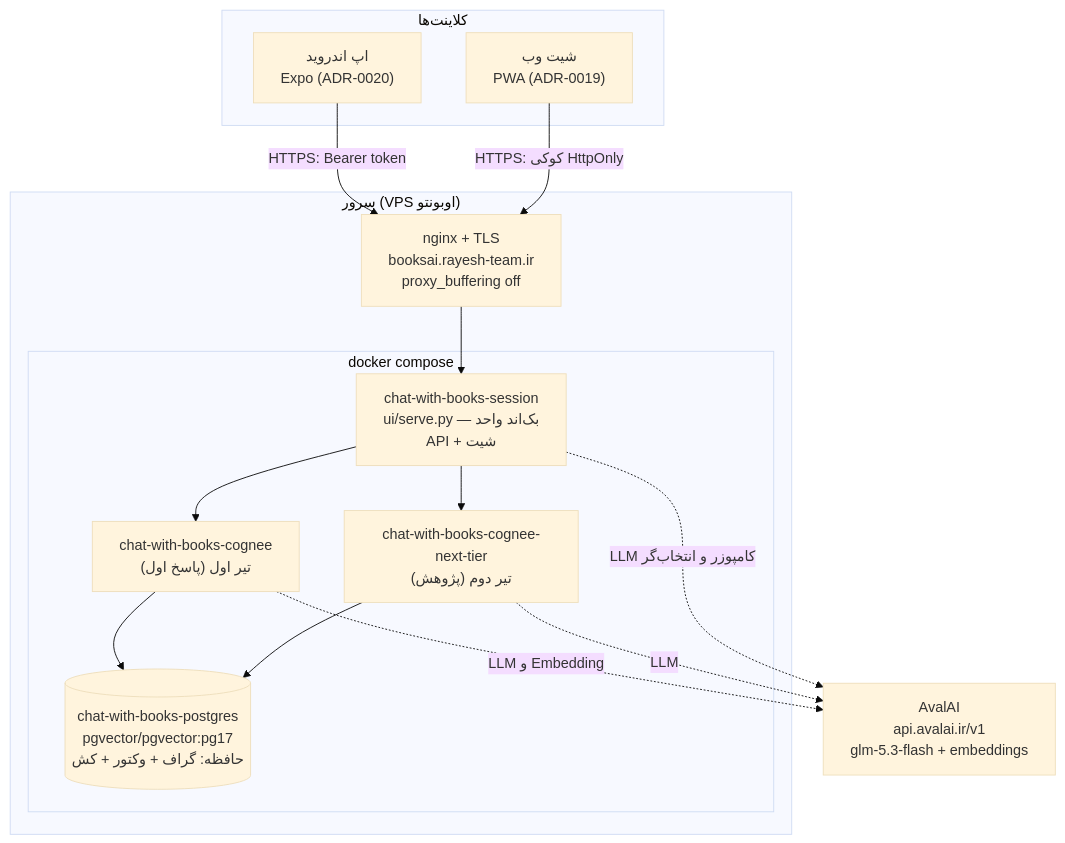
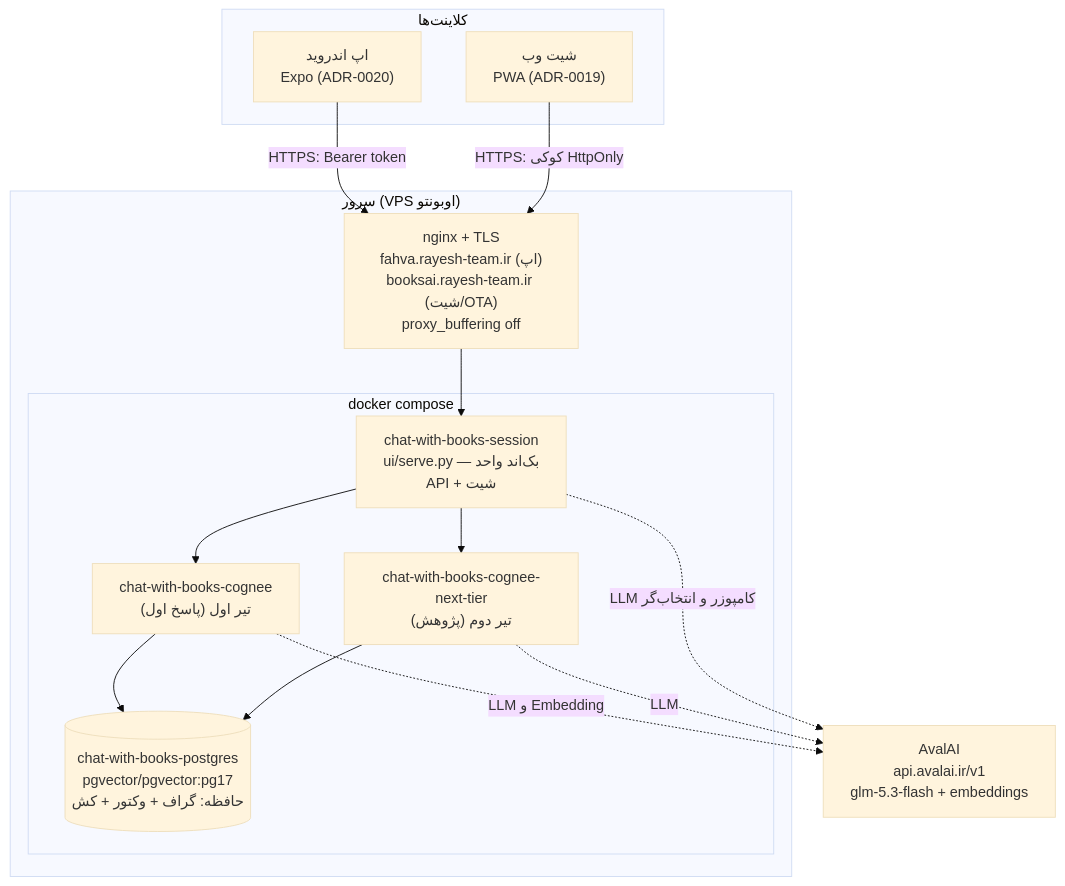
One commit to Rayesh-company/fast-book-learning changed the first of 10 diagrams in docs/zero-to-hundred.md. Above: the diagram before and after it, drawn with Mermaid (base theme). The commit also changed other lines of this file and 18 other files, not shown here.

````diff
--- a/docs/zero-to-hundred.md
+++ b/docs/zero-to-hundred.md
@@ -45,29 +45,29 @@
 ```mermaid
 flowchart TB
     subgraph CLIENTS["کلاینت‌ها"]
         W["شیت وب<br/>PWA (ADR-0019)"]
         M["اپ اندروید<br/>Expo (ADR-0020)"]
     end
 
     subgraph VPS["سرور (VPS اوبونتو)"]
-        NG["nginx + TLS<br/>booksai.rayesh-team.ir<br/>proxy_buffering off"]
+        NG["nginx + TLS<br/>fahva.rayesh-team.ir (اپ)<br/>booksai.rayesh-team.ir (شیت/OTA)<br/>proxy_buffering off"]
         subgraph COMPOSE["docker compose"]
             S["chat-with-books-session<br/>ui/serve.py — بک‌اند واحد<br/>API + شیت"]
             C1["chat-with-books-cognee<br/>تیر اول (پاسخ اول)"]
             C2["chat-with-books-cognee-next-tier<br/>تیر دوم (پژوهش)"]
             PG[("chat-with-books-postgres<br/>pgvector/pgvector:pg17<br/>حافظه: گراف + وکتور + کش")]
         end
         NG --> S
         S --> C1
         S --> C2
         C1 --> PG
         C2 --> PG
     end
 
     AV["AvalAI<br/>api.avalai.ir/v1<br/>glm-5.3-flash + embeddings"]
     C1 -. LLM و Embedding .-> AV
     C2 -. LLM .-> AV
     S -. LLM کامپوزر و انتخاب‌گر .-> AV
     M -- "HTTPS: Bearer token" --> NG
     W -- "HTTPS: کوکی HttpOnly" --> NG
 ```
````
